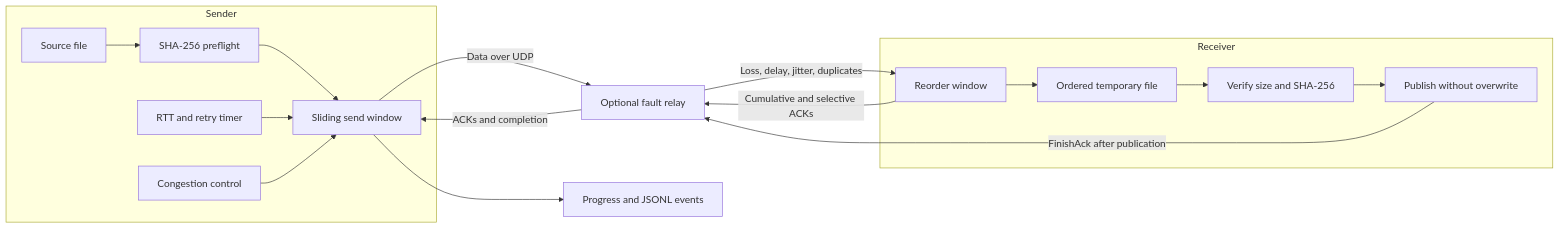
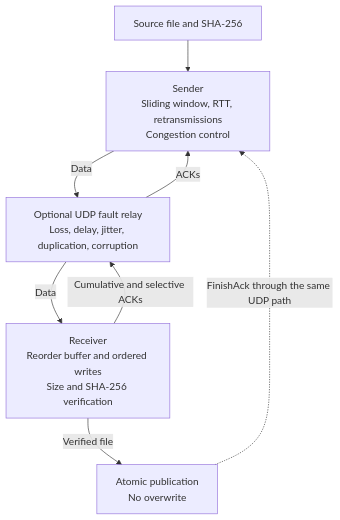
The diagram in README.md (rushikeshg25/ripple), drawn with Mermaid before and after one commit. The commit also changed other lines of this file and 2 other files, not shown here.

Commit message:
docs: improve published architecture diagram readability

````diff
--- a/README.md
+++ b/README.md
@@ -16,20 +16,10 @@
 ```mermaid
-flowchart LR
-    subgraph S[Sender]
-        SRC[Source file] --> HASH[SHA-256 preflight]
-        HASH --> SEND[Sliding send window]
-        TIMER[RTT and retry timer] --> SEND
-        CC[Congestion control] --> SEND
-    end
-    SEND -->|Data over UDP| NET[Optional fault relay]
-    NET -->|Loss, delay, jitter, duplicates| RECV
-    subgraph R[Receiver]
-        RECV[Reorder window] --> FILE[Ordered temporary file]
-        FILE --> CHECK[Verify size and SHA-256]
-        CHECK --> PUBLISH[Publish without overwrite]
-    end
-    RECV -->|Cumulative and selective ACKs| NET
-    NET -->|ACKs and completion| SEND
-    PUBLISH -->|FinishAck after publication| NET
-    SEND --> EVENTS[Progress and JSONL events]
+flowchart TB
+    SRC[Source file and SHA-256] --> TX["Sender<br/>Sliding window, RTT, retransmissions<br/>Congestion control"]
+    TX -->|Data| NET["Optional UDP fault relay<br/>Loss, delay, jitter, duplication, corruption"]
+    NET -->|Data| RX["Receiver<br/>Reorder buffer and ordered writes<br/>Size and SHA-256 verification"]
+    RX -->|Cumulative and selective ACKs| NET
+    NET -->|ACKs| TX
+    RX -->|Verified file| DEST["Atomic publication<br/>No overwrite"]
+    DEST -.->|FinishAck through the same UDP path| TX
 ```
````
